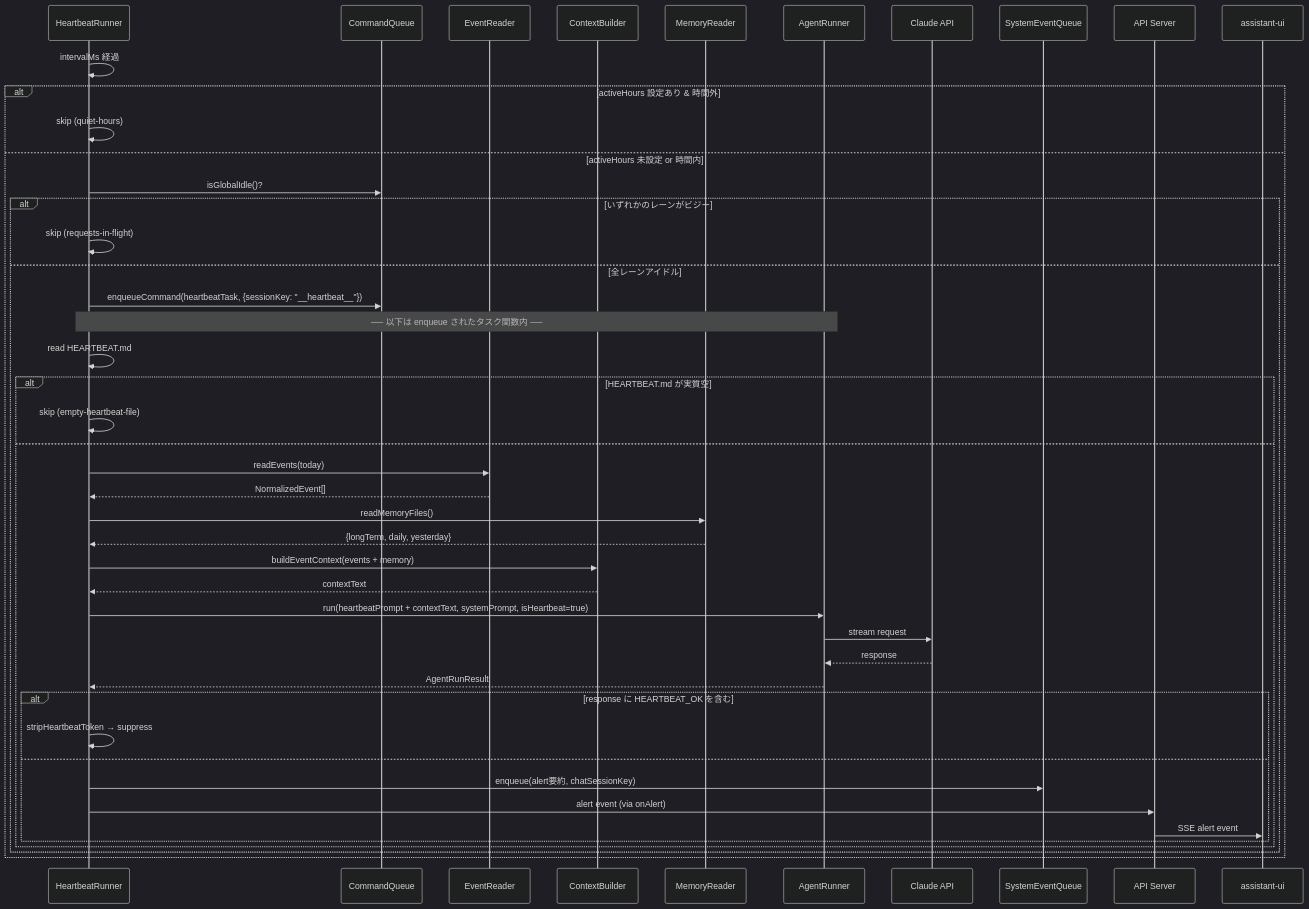
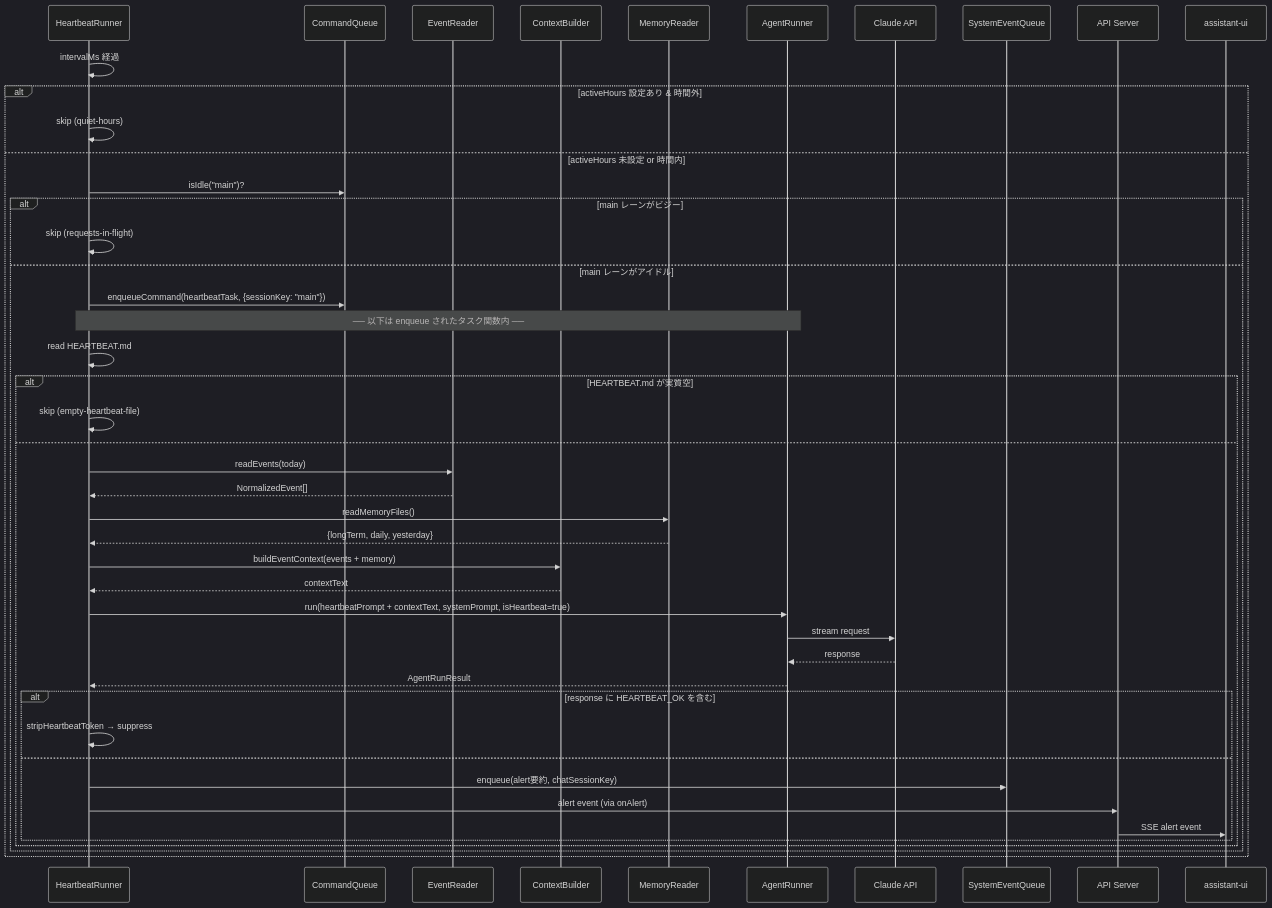
The second of 5 diagrams in doc/plan/260214-s01-ai-assistant-mvp.md (masahide/adjutant), drawn with Mermaid (dark theme) before and after one commit. The commit also changed other lines of this file and 4 other files, not shown here.

````diff
--- a/doc/plan/260214-s01-ai-assistant-mvp.md
+++ b/doc/plan/260214-s01-ai-assistant-mvp.md
@@ -958,54 +1001,54 @@
 ```mermaid
 sequenceDiagram
     participant Timer as HeartbeatRunner
     participant CQ as CommandQueue
     participant ER as EventReader
     participant CB as ContextBuilder
     participant MR as MemoryReader
     participant AR as AgentRunner
     participant LLM as Claude API
     participant SEQ as SystemEventQueue
     participant API as API Server
     participant UI as assistant-ui
 
     Timer->>Timer: intervalMs 経過
 
     alt activeHours 設定あり & 時間外
         Timer->>Timer: skip (quiet-hours)
     else activeHours 未設定 or 時間内
-        Timer->>CQ: isGlobalIdle()?
+        Timer->>CQ: isIdle("main")?
 
-    alt いずれかのレーンがビジー
+    alt main レーンがビジー
         Timer->>Timer: skip (requests-in-flight)
-    else 全レーンアイドル
-        Timer->>CQ: enqueueCommand(heartbeatTask, {sessionKey: "__heartbeat__"})
+    else main レーンがアイドル
+        Timer->>CQ: enqueueCommand(heartbeatTask, {sessionKey: "main"})
 
         Note over Timer,AR: ── 以下は enqueue されたタスク関数内 ──
 
         Timer->>Timer: read HEARTBEAT.md
         alt HEARTBEAT.md が実質空
             Timer->>Timer: skip (empty-heartbeat-file)
         else
             Timer->>ER: readEvents(today)
             ER-->>Timer: NormalizedEvent[]
             Timer->>MR: readMemoryFiles()
             MR-->>Timer: {longTerm, daily, yesterday}
             Timer->>CB: buildEventContext(events + memory)
             CB-->>Timer: contextText
 
             Timer->>AR: run(heartbeatPrompt + contextText, systemPrompt, isHeartbeat=true)
             AR->>LLM: stream request
             LLM-->>AR: response
             AR-->>Timer: AgentRunResult
 
             alt response に HEARTBEAT_OK を含む
                 Timer->>Timer: stripHeartbeatToken → suppress
             else
                 Timer->>SEQ: enqueue(alert要約, chatSessionKey)
                 Timer->>API: alert event (via onAlert)
                 API->>UI: SSE alert event
             end
         end
     end
     end
 ```
````
